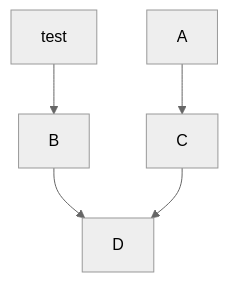
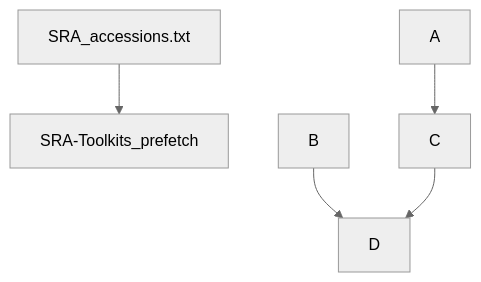
One commit to aharia22/Novel-Biomarker-Prediction-for-Lung-Cancer changed the diagram in README.md. Above: the diagram before and after it, drawn with Mermaid (neutral theme).

````diff
--- a/README.md
+++ b/README.md
@@ -16,7 +16,7 @@
 ```mermaid
 graph TD;
-    test-->B;
+    SRA_accessions.txt-->SRA-Toolkits_prefetch;
     A-->C;
     B-->D;
     C-->D;
 ```
````
